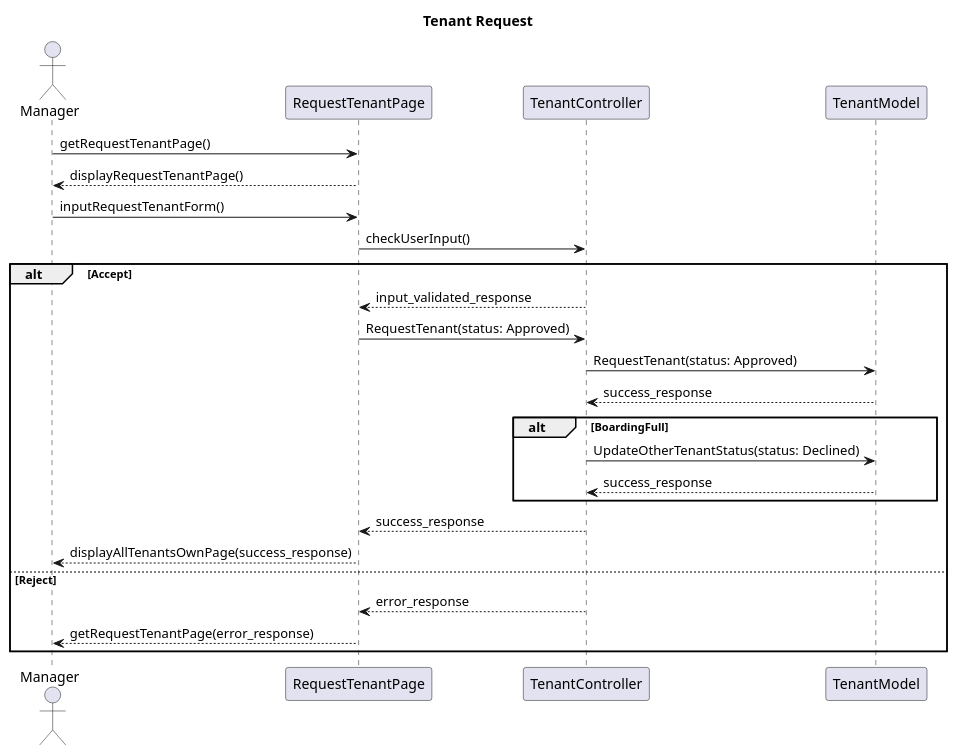
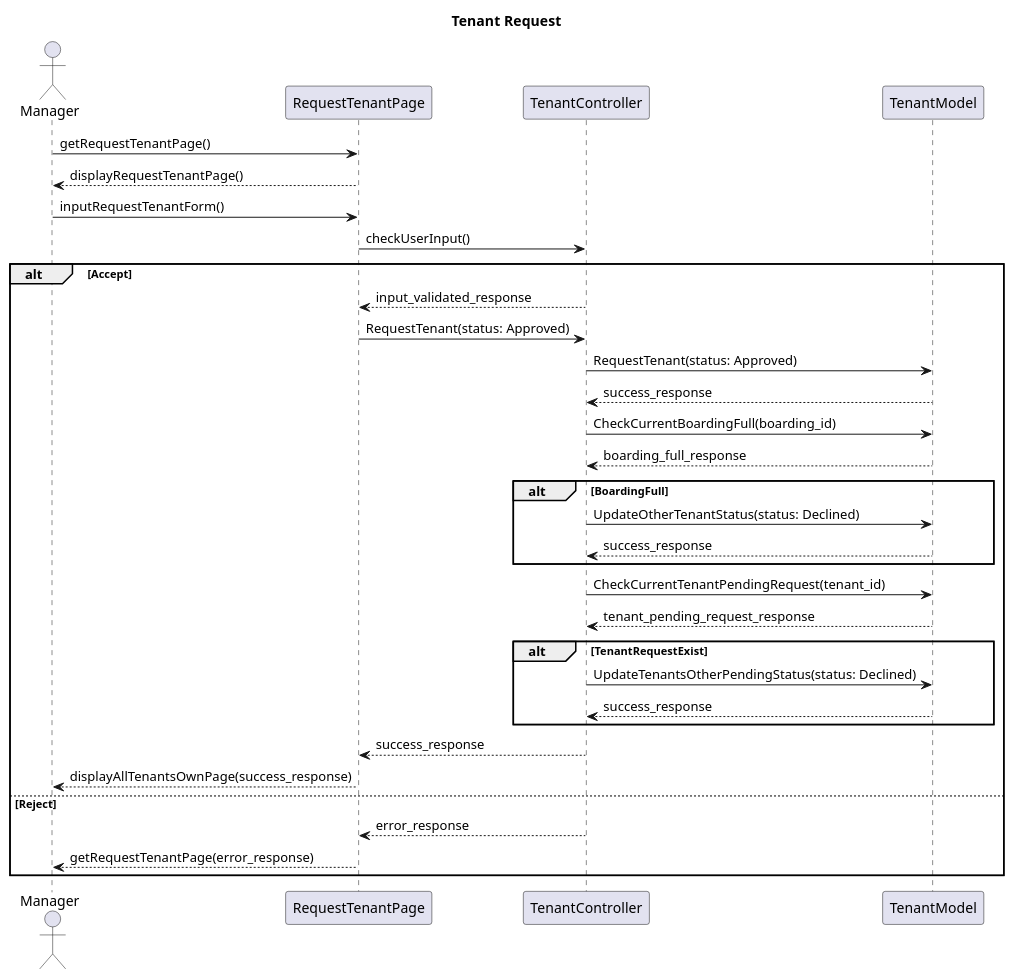
The diagram in Design/BHFMS_SEQUENCE/Owner Manager/Request Tenant.puml (AntWort21/BHFMS), drawn with PlantUML before and after one commit. The commit also changed 21 other files, not shown here.

First line of the commit message:
Update Diagram to draw.io

```diff
--- a/Design/BHFMS_SEQUENCE/Owner Manager/Request Tenant.puml
+++ b/Design/BHFMS_SEQUENCE/Owner Manager/Request Tenant.puml
@@ -1,30 +1,40 @@
 @startuml
 title Tenant Request
 actor Manager as act
 participant RequestTenantPage as view
 participant TenantController as ctrl
 participant TenantModel as model
 
 act -> view : getRequestTenantPage()
 act <-- view : displayRequestTenantPage()
 
     act->view : inputRequestTenantForm()
     view->ctrl : checkUserInput()
         alt Accept
         ctrl-->view:input_validated_response
         view->ctrl: RequestTenant(status: Approved)
         ctrl->model: RequestTenant(status: Approved)
         model --> ctrl: success_response
+        ctrl->model :CheckCurrentBoardingFull(boarding_id)
+        model --> ctrl: boarding_full_response
             alt BoardingFull
             ctrl->model: UpdateOtherTenantStatus(status: Declined)
             model --> ctrl: success_response
             end
+
+        ctrl->model :CheckCurrentTenantPendingRequest(tenant_id)
+        model --> ctrl: tenant_pending_request_response
+            alt TenantRequestExist
+            ctrl->model: UpdateTenantsOtherPendingStatus(status: Declined)
+            model --> ctrl: success_response
+            end
+        
         ctrl --> view: success_response
         view-->act: displayAllTenantsOwnPage(success_response)
         else Reject
         ctrl --> view: error_response
         view-->act: getRequestTenantPage(error_response)
         end
 
 
 @enduml
```
